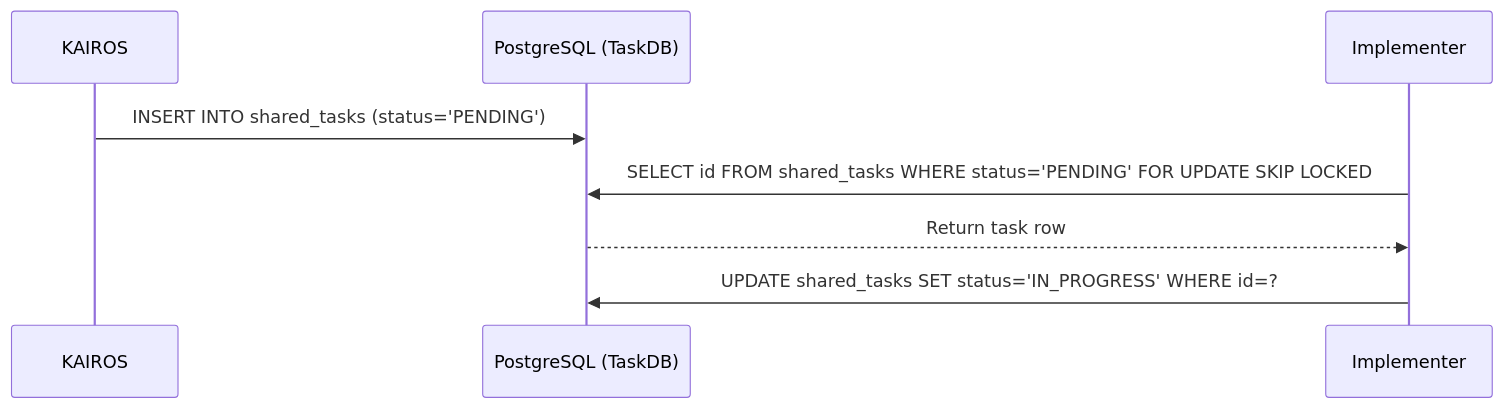
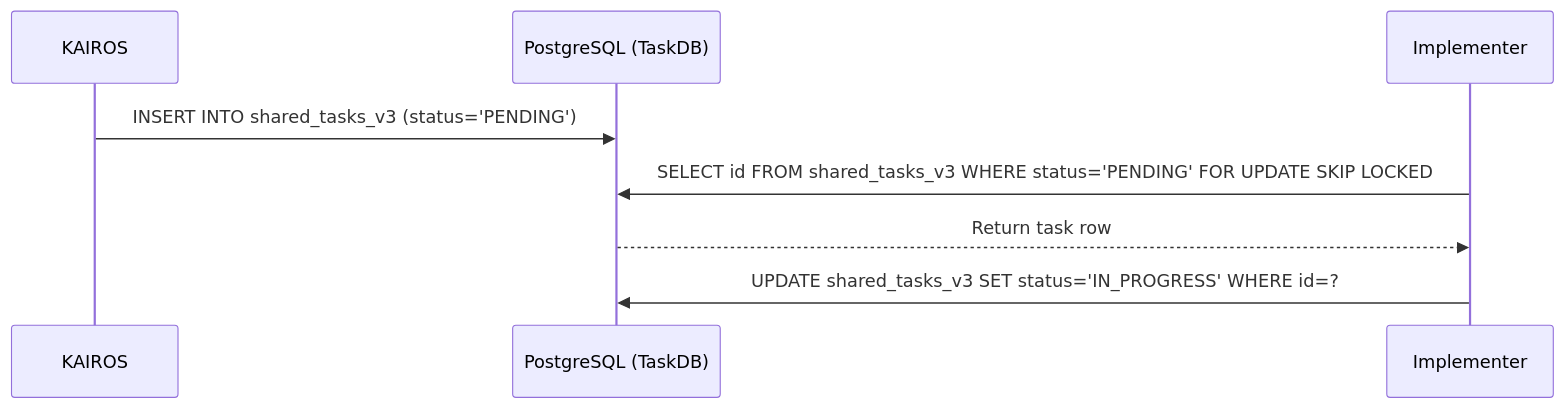
The diagram in docs/architecture/KAIROS_AI_OS_ARCHITECTURE.md (omnisolo-llc/onehumancorp), drawn with Mermaid before and after one commit. The commit also changed other lines of this file and 6 other files, not shown here.

First line of the commit message:
📝 KAIROS: [Architect KAIROS Orchestration Phase 1-4] (#3668)

````diff
--- a/docs/architecture/KAIROS_AI_OS_ARCHITECTURE.md
+++ b/docs/architecture/KAIROS_AI_OS_ARCHITECTURE.md
@@ -28,10 +24,10 @@
 ```mermaid
 sequenceDiagram
     participant KAIROS
     participant TaskDB as PostgreSQL (TaskDB)
     participant Implementer
-    KAIROS->>TaskDB: INSERT INTO shared_tasks (status='PENDING')
-    Implementer->>TaskDB: SELECT id FROM shared_tasks WHERE status='PENDING' FOR UPDATE SKIP LOCKED
+    KAIROS->>TaskDB: INSERT INTO shared_tasks_v3 (status='PENDING')
+    Implementer->>TaskDB: SELECT id FROM shared_tasks_v3 WHERE status='PENDING' FOR UPDATE SKIP LOCKED
     TaskDB-->>Implementer: Return task row
-    Implementer->>TaskDB: UPDATE shared_tasks SET status='IN_PROGRESS' WHERE id=?
+    Implementer->>TaskDB: UPDATE shared_tasks_v3 SET status='IN_PROGRESS' WHERE id=?
 ```
````
